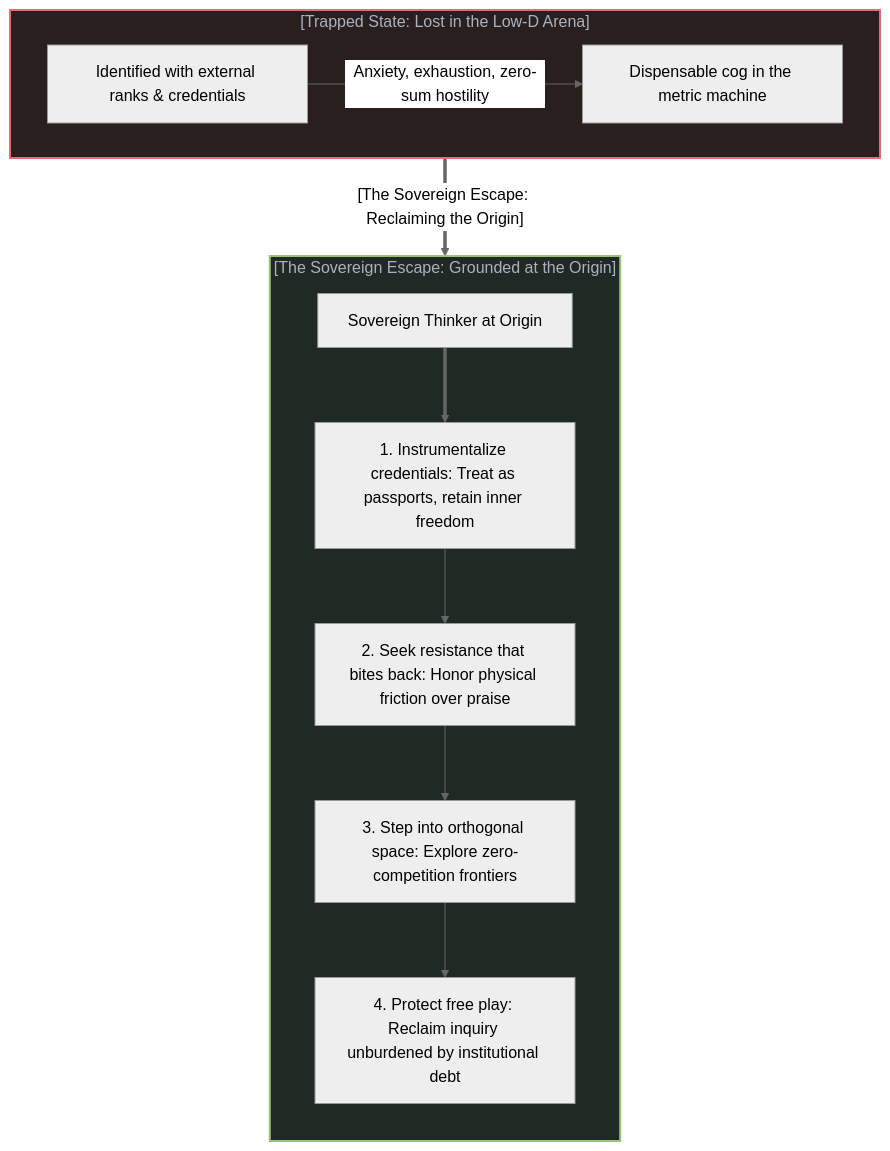
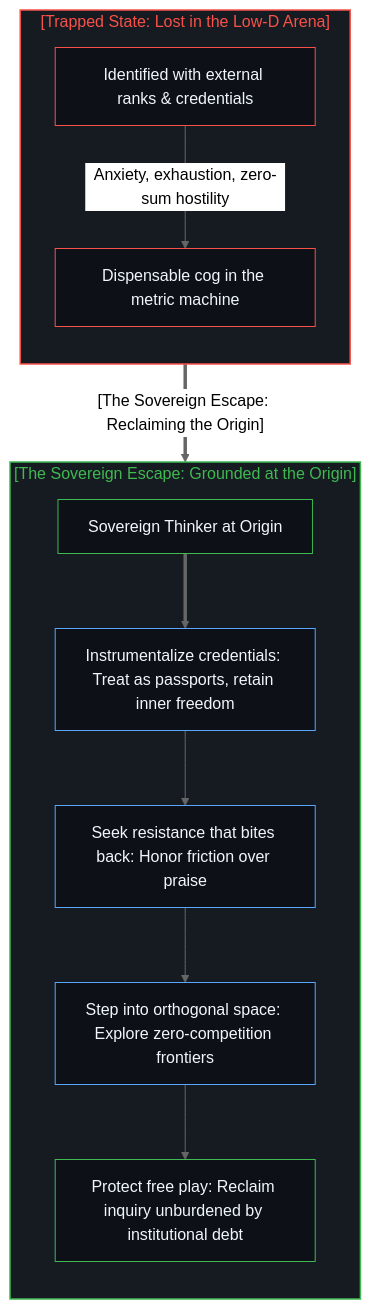
The tenth of 10 diagrams in content/posts/the-reversal-of-education-and-science.md (powerpig99/not-a-toe), drawn with Mermaid (neutral theme) before and after one commit. The commit also changed other lines of this file and 11 other files, not shown here.

````diff
--- a/content/posts/the-reversal-of-education-and-science.md
+++ b/content/posts/the-reversal-of-education-and-science.md
@@ -453,27 +467,35 @@
 ```mermaid
-graph TD
-    subgraph Trap["[Trapped State: Lost in the Low-D Arena]"]
+flowchart TD
+    subgraph S_Trap["[Trapped State: Lost in the Low-D Arena]"]
+        direction TB
         TrapMind["Identified with external ranks & credentials"]
-        TrapMind -->|"Anxiety, exhaustion, zero-sum hostility"| Misery["Dispensable cog in the metric machine"]
+        Misery["Dispensable cog in the metric machine"]
+        TrapMind -->|"Anxiety, exhaustion, zero-sum hostility"| Misery
     end
 
-    Trap ==>|"[The Sovereign Escape: Reclaiming the Origin]"| Sovereign
+    S_Trap ==>|"[The Sovereign Escape: Reclaiming the Origin]"| S_Sovereign
 
-    subgraph Sovereign["[The Sovereign Escape: Grounded at the Origin]"]
+    subgraph S_Sovereign["[The Sovereign Escape: Grounded at the Origin]"]
         direction TB
         SovereignMind["Sovereign Thinker at Origin"]
-        
-        Step1["1. Instrumentalize credentials: Treat as passports, retain inner freedom"]
-        Step2["2. Seek resistance that bites back: Honor physical friction over praise"]
-        Step3["3. Step into orthogonal space: Explore zero-competition frontiers"]
-        Step4["4. Protect free play: Reclaim inquiry unburdened by institutional debt"]
+        Step1["Instrumentalize credentials: Treat as passports, retain inner freedom"]
+        Step2["Seek resistance that bites back: Honor friction over praise"]
+        Step3["Step into orthogonal space: Explore zero-competition frontiers"]
+        Step4["Protect free play: Reclaim inquiry unburdened by institutional debt"]
 
         SovereignMind ==> Step1
         Step1 --> Step2
         Step2 --> Step3
         Step3 --> Step4
     end
 
-    style Trap fill:#2a1f1f,stroke:#e06c75,stroke-width:2px,color:#abb2bf
-    style Sovereign fill:#1f2a24,stroke:#98c379,stroke-width:2px,color:#abb2bf
+    style S_Trap fill:#161b22,stroke:#f85149,stroke-width:1.5px,color:#f85149
+    style S_Sovereign fill:#161b22,stroke:#3fb950,stroke-width:1.5px,color:#3fb950
+    style TrapMind fill:#0d1117,stroke:#f85149,stroke-width:1px,color:#f0f6fc
+    style Misery fill:#0d1117,stroke:#f85149,stroke-width:1px,color:#f0f6fc
+    style SovereignMind fill:#0d1117,stroke:#3fb950,stroke-width:1px,color:#f0f6fc
+    style Step1 fill:#0d1117,stroke:#58a6ff,stroke-width:1px,color:#f0f6fc
+    style Step2 fill:#0d1117,stroke:#58a6ff,stroke-width:1px,color:#f0f6fc
+    style Step3 fill:#0d1117,stroke:#58a6ff,stroke-width:1px,color:#f0f6fc
+    style Step4 fill:#0d1117,stroke:#3fb950,stroke-width:1px,color:#f0f6fc
 ```
````
